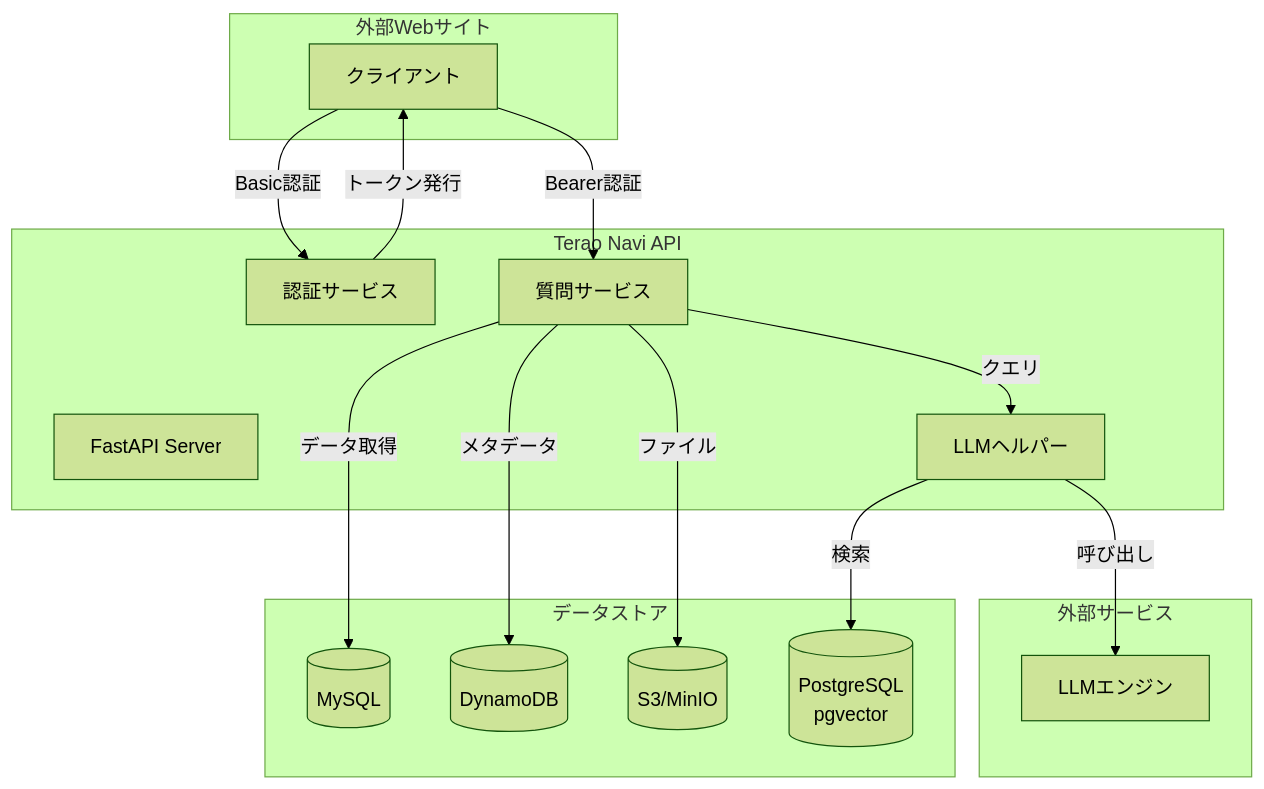
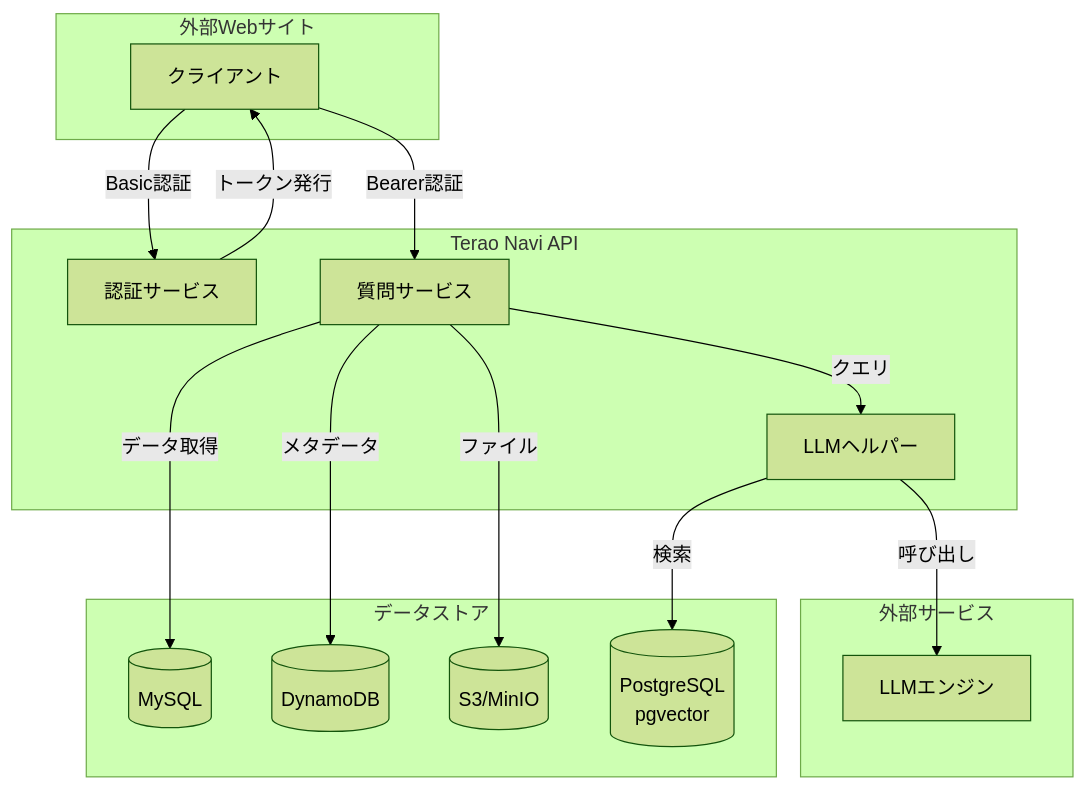
Before and after one commit to terao06/terao_navi_api: the first of 2 diagrams in README.md, drawn with Mermaid (forest theme).

Commit message:
api使用パターンの対応

````diff
--- a/README.md
+++ b/README.md
@@ -33,34 +33,33 @@
 ```mermaid
 graph TB
     subgraph "外部Webサイト"
         Client[クライアント]
     end
     
     subgraph "Terao Navi API"
-        FastAPI[FastAPI Server]
         Auth[認証サービス]
         Question[質問サービス]
         LLMHelper[LLMヘルパー]
     end
     
     subgraph "データストア"
         MySQL[(MySQL)]
         DynamoDB[(DynamoDB)]
         S3[(S3/MinIO)]
         VectorDB[(PostgreSQL<br/>pgvector)]
     end
     
     subgraph "外部サービス"
         LLM[LLMエンジン]
     end
     
     Client -->|Basic認証| Auth
     Auth -->|トークン発行| Client
     Client -->|Bearer認証| Question
     Question -->|クエリ| LLMHelper
     LLMHelper -->|検索| VectorDB
     LLMHelper -->|呼び出し| LLM
     Question -->|データ取得| MySQL
     Question -->|メタデータ| DynamoDB
     Question -->|ファイル| S3
 ```
````
